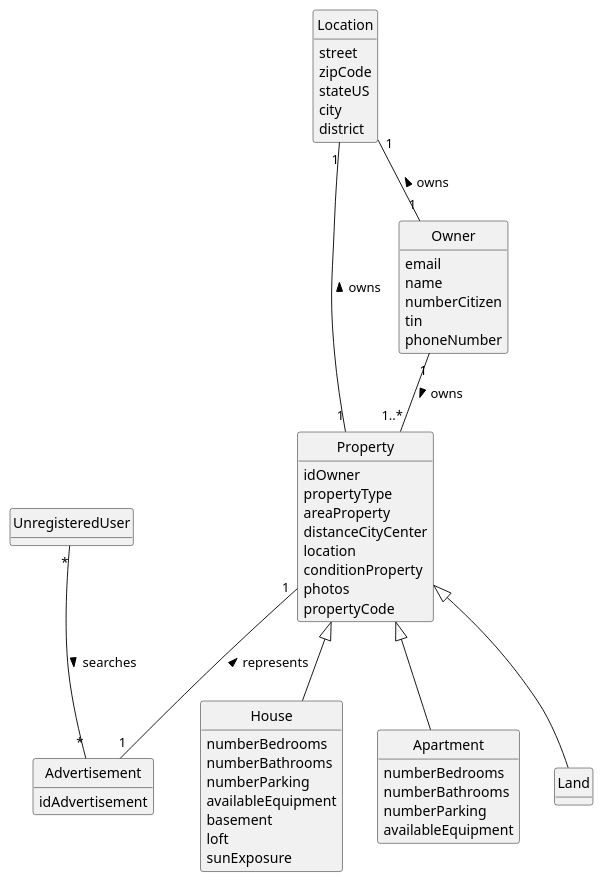
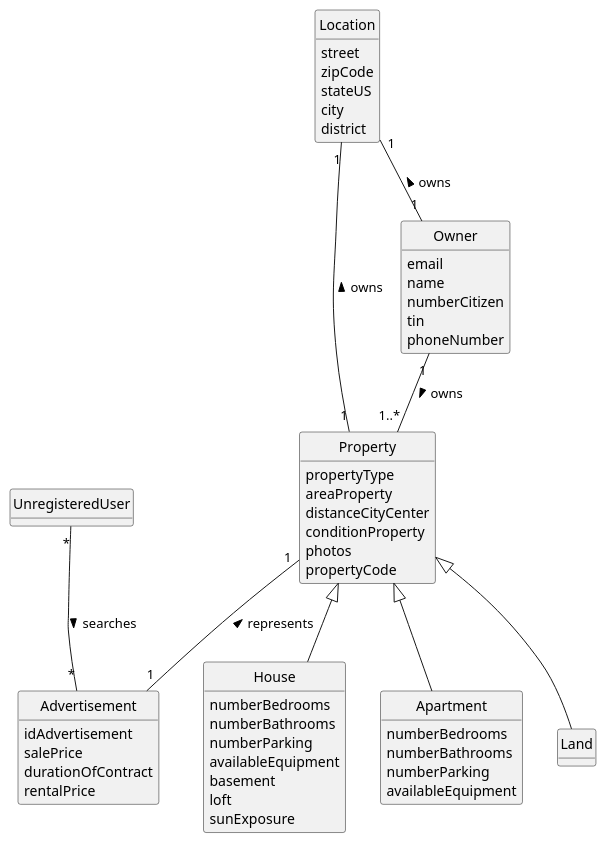
The diagram in docs/sprintA/us001/02.analysis/puml/us001-domain-model.puml (PEDROMOREIRA45/lei-23-s2-1dg-g31), drawn with PlantUML before and after one commit.

Commit message:
us001 domain model changes and correction of errors

```diff
--- a/docs/sprintA/us001/02.analysis/puml/us001-domain-model.puml
+++ b/docs/sprintA/us001/02.analysis/puml/us001-domain-model.puml
@@ -1,78 +1,79 @@
 @startuml
 skinparam monochrome true
 skinparam packageStyle rectangle
 skinparam shadowing false
 
 'left to right direction
 
 skinparam classAttributeIconSize 0
 
 hide circle
 hide methods
 
 
 class Property{
-    idOwner
     propertyType
     areaProperty
     distanceCityCenter
-    location
     conditionProperty
     photos
     propertyCode
 }
 
 class UnregisteredUser
 
 class Owner {
     email
     name
     numberCitizen
     tin
     phoneNumber
 }
 
 
 class House {
     numberBedrooms
     numberBathrooms
     numberParking
     availableEquipment
     basement
     loft
     sunExposure
 }
 
 class Apartment{
     numberBedrooms
     numberBathrooms
     numberParking
     availableEquipment
 }
 
 class Land
 
 class Advertisement {
     idAdvertisement
+    salePrice
+    durationOfContract
+    rentalPrice
 }
 
 class Location{
     street
     zipCode
     stateUS
     city
     district
 }
 
 
 
 UnregisteredUser "*" -- "*" Advertisement: searches >
 Owner "1"--"1..*" Property: owns >
 Property  <|-- Land
 Property <|-- Apartment
 Property <|-- House
 Property "1" -- "1" Advertisement: represents <
 Location "1" -- "1" Property: owns <
 Location "1" -- "1" Owner: owns <
 
 @enduml
```
